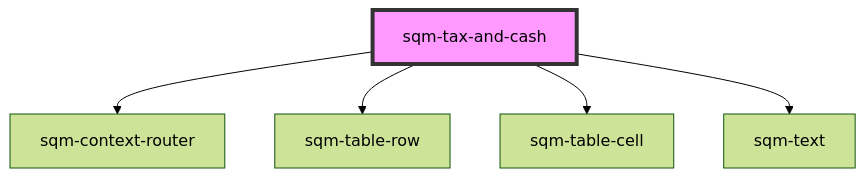
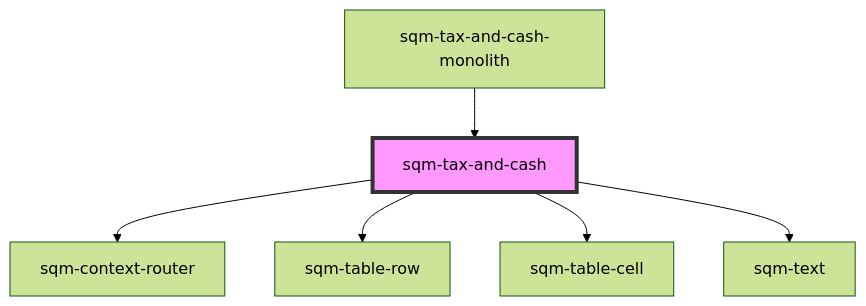
The diagram in packages/mint-components/src/components/tax-and-cash/sqm-tax-and-cash/readme.md (saasquatch/program-tools), drawn with Mermaid (forest theme) before and after one commit. The commit also changed other lines of this file and 11 other files, not shown here.

Commit message:
monolith tax and cash component

````diff
--- a/packages/mint-components/src/components/tax-and-cash/sqm-tax-and-cash/readme.md
+++ b/packages/mint-components/src/components/tax-and-cash/sqm-tax-and-cash/readme.md
@@ -25,8 +29,9 @@
 ```mermaid
 graph TD;
   sqm-tax-and-cash --> sqm-context-router
   sqm-tax-and-cash --> sqm-table-row
   sqm-tax-and-cash --> sqm-table-cell
   sqm-tax-and-cash --> sqm-text
+  sqm-tax-and-cash-monolith --> sqm-tax-and-cash
   style sqm-tax-and-cash fill:#f9f,stroke:#333,stroke-width:4px
 ```
````
